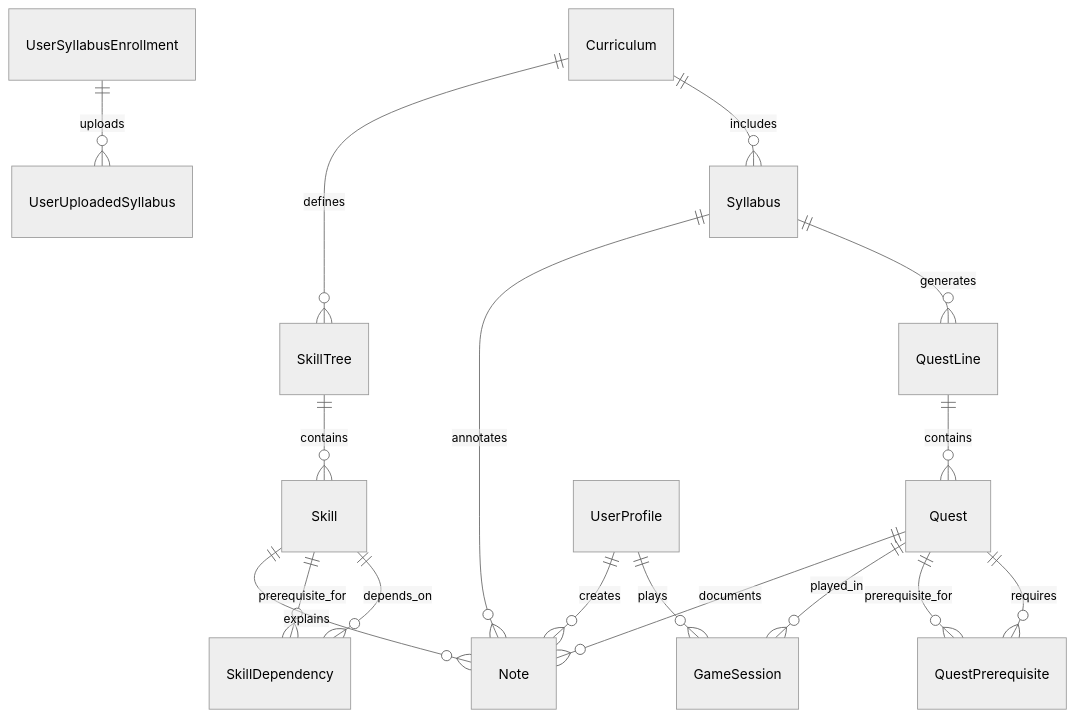
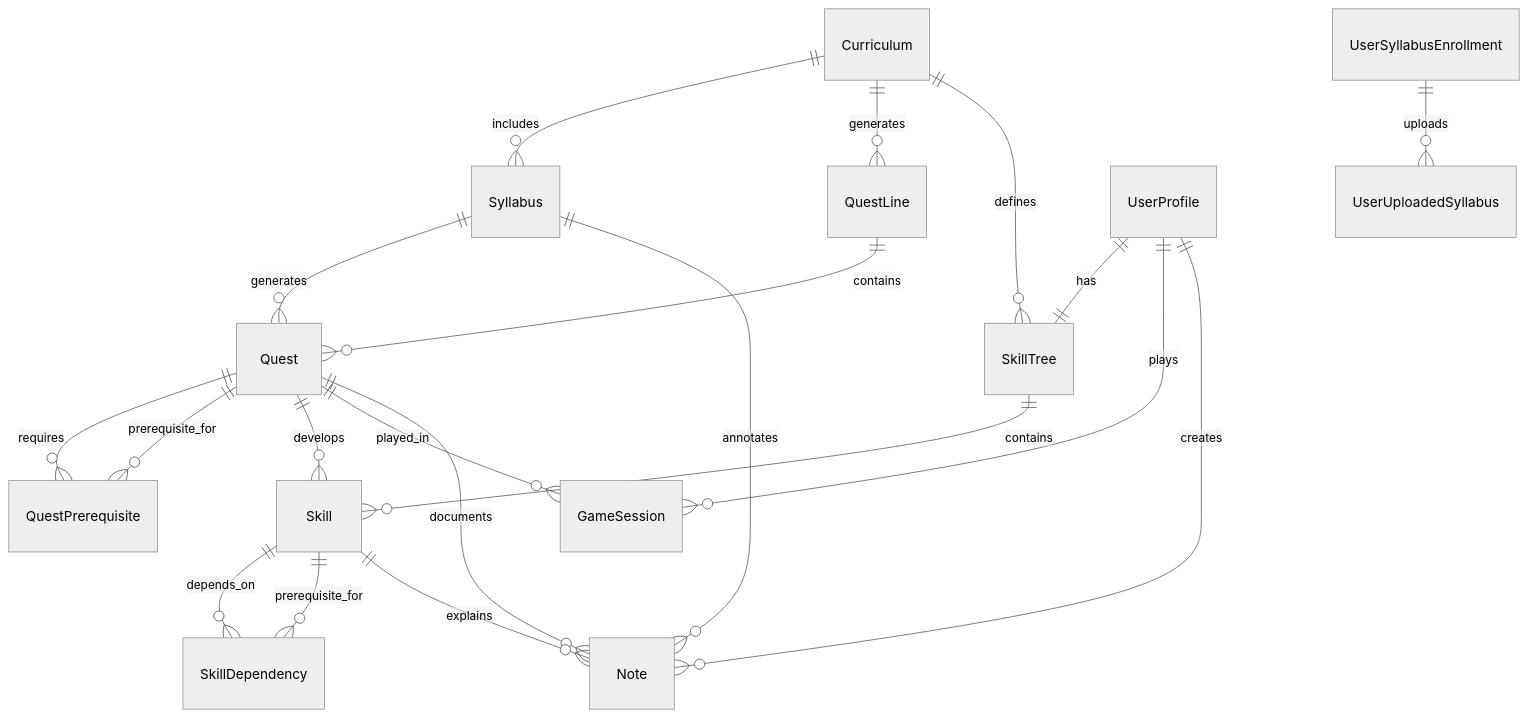
One commit to FA25SE050-RogueLearn/RogueLearn.BMAD.Documentation changed the diagram in mermaid-diagrams/erd/quests-service-erd.md. Above: the diagram before and after it, drawn with Mermaid (neutral theme). The commit also changed 6 other files, not shown here.

````diff
--- a/mermaid-diagrams/erd/quests-service-erd.md
+++ b/mermaid-diagrams/erd/quests-service-erd.md
@@ -5,19 +5,22 @@
 ```mermaid
 erDiagram
-    Curriculum ||--o{ Syllabus : "includes"
-    UserSyllabusEnrollment ||--o{ UserUploadedSyllabus : "uploads"
-    Syllabus ||--o{ QuestLine : "generates"
-    QuestLine ||--o{ Quest : "contains"
-    Quest ||--o{ QuestPrerequisite : "requires"
-    Quest ||--o{ QuestPrerequisite : "prerequisite_for"
-    Curriculum ||--o{ SkillTree : "defines"
-    SkillTree ||--o{ Skill : "contains"
-    Skill ||--o{ SkillDependency : "depends_on"
-    Skill ||--o{ SkillDependency : "prerequisite_for"
-    UserProfile ||--o{ GameSession : "plays"
-    Quest ||--o{ GameSession : "played_in"
-    UserProfile ||--o{ Note : "creates"
-    Syllabus ||--o{ Note : "annotates"
-    Quest ||--o{ Note : "documents"
-    Skill ||--o{ Note : "explains"
+    Curriculum ||--o{ Syllabus : includes
+    Curriculum ||--o{ QuestLine : generates
+    UserSyllabusEnrollment ||--o{ UserUploadedSyllabus : uploads
+    QuestLine ||--o{ Quest : contains
+    Syllabus ||--o{ Quest : generates
+    Quest ||--o{ QuestPrerequisite : requires
+    Quest ||--o{ QuestPrerequisite : prerequisite_for
+    Curriculum ||--o{ SkillTree : defines
+    UserProfile ||--|| SkillTree : has
+    SkillTree ||--o{ Skill : contains
+    Skill ||--o{ SkillDependency : depends_on
+    Skill ||--o{ SkillDependency : prerequisite_for
+    Quest ||--o{ Skill : develops
+    UserProfile ||--o{ GameSession : plays
+    Quest ||--o{ GameSession : played_in
+    UserProfile ||--o{ Note : creates
+    Syllabus ||--o{ Note : annotates
+    Quest ||--o{ Note : documents
+    Skill ||--o{ Note : explains
 ```
````
